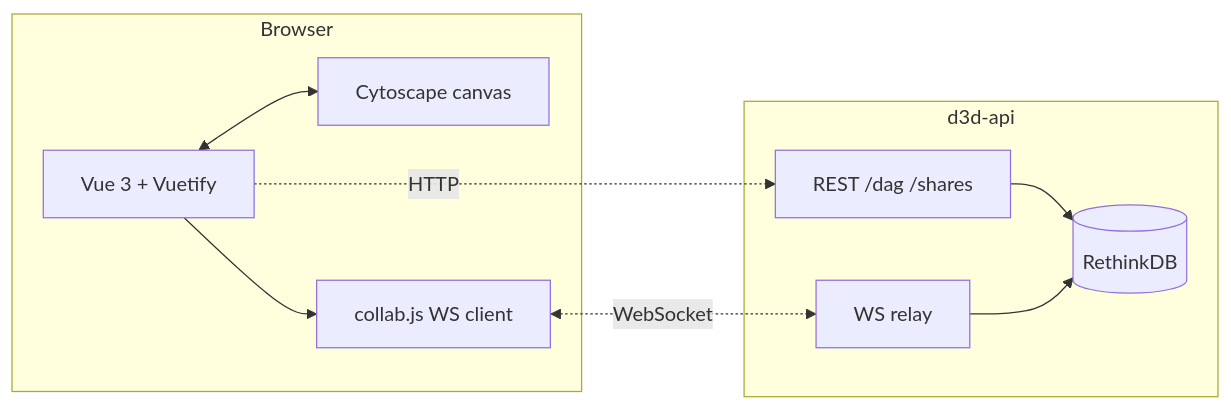
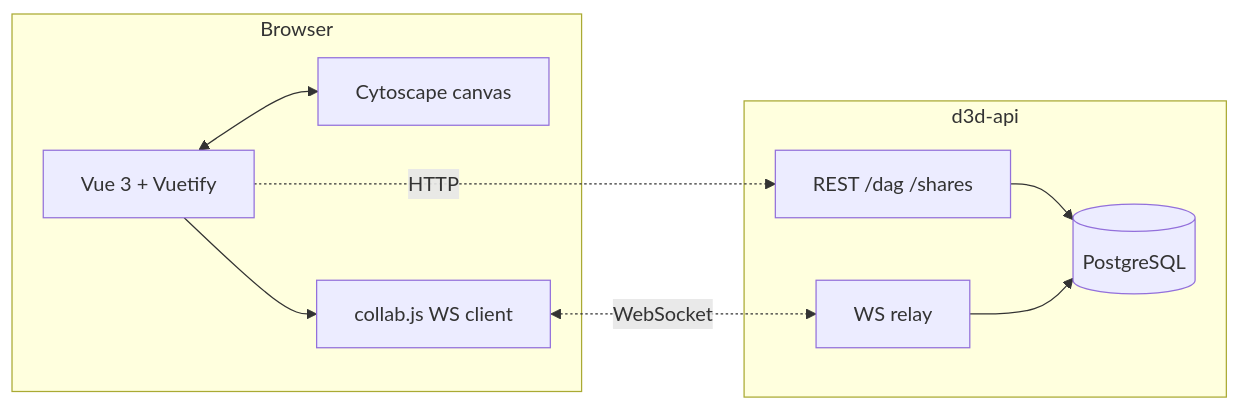
The diagram in README.md (smetroid/d3dweb), drawn with Mermaid before and after one commit. The commit also changed other lines of this file and 17 other files, not shown here.

First line of the commit message:
refactor: drop Fly.io deploy config and switch Helm stack to PostgreSQL

````diff
--- a/README.md
+++ b/README.md
@@ -176,19 +176,19 @@
 ```mermaid
 flowchart LR
     subgraph Browser
         A[Vue 3 + Vuetify]
         B[Cytoscape canvas]
         C[collab.js WS client]
     end
     subgraph d3d-api
         D[REST /dag /shares]
         E[WS relay]
-        F[(RethinkDB)]
+        F[(PostgreSQL)]
     end
     A <--> B
     A --> C
     A -.HTTP.-> D
     C <-.WebSocket.-> E
     D --> F
     E --> F
 ```
````
